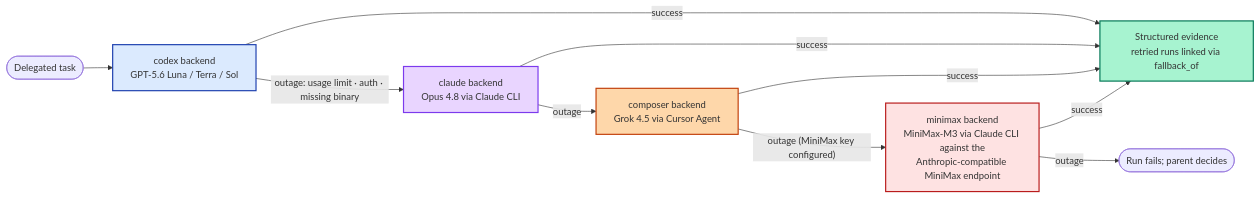
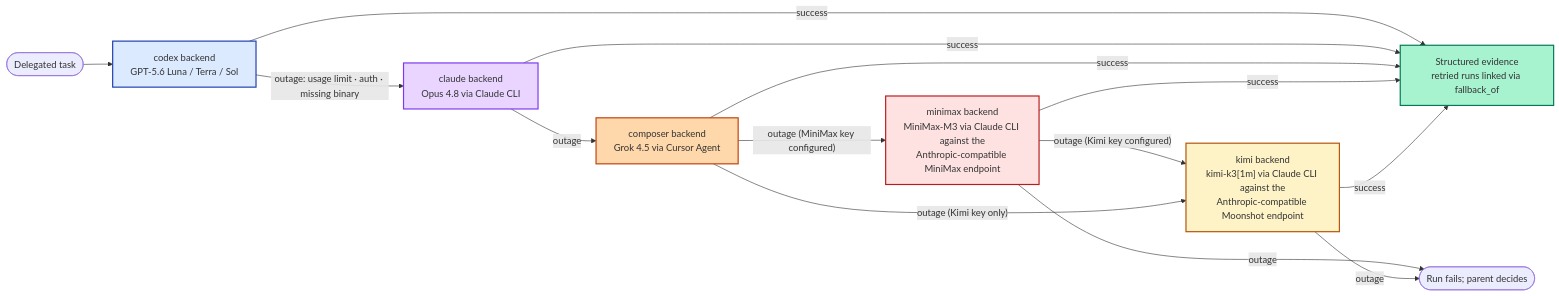
One commit to andysolomon/arc-orchestrator changed the second of 4 diagrams in docs/diagrams/mermaid.md. Above: the diagram before and after it, drawn with Mermaid. The commit also changed other lines of this file and 14 other files, not shown here.

First line of the commit message:
feat: add kimi k3 as terminal Anthropic-compatible backend

````diff
--- a/docs/diagrams/mermaid.md
+++ b/docs/diagrams/mermaid.md
@@ -36,23 +36,29 @@
 ```mermaid
 flowchart LR
     Task([Delegated task]) --> Codex["codex backend<br/>GPT-5.6 Luna / Terra / Sol"]
     Codex -->|"outage: usage limit · auth · missing binary"| Claude["claude backend<br/>Opus 4.8 via Claude CLI"]
     Claude -->|outage| Grok["composer backend<br/>Grok 4.5 via Cursor Agent"]
     Grok -->|"outage (MiniMax key configured)"| MiniMax["minimax backend<br/>MiniMax-M3 via Claude CLI against the<br/>Anthropic-compatible MiniMax endpoint"]
+    MiniMax -->|"outage (Kimi key configured)"| Kimi["kimi backend<br/>kimi-k3[1m] via Claude CLI against the<br/>Anthropic-compatible Moonshot endpoint"]
+    Grok -->|"outage (Kimi key only)"| Kimi
     Codex -->|success| Evidence["Structured evidence<br/>retried runs linked via fallback_of"]
     Claude -->|success| Evidence
     Grok -->|success| Evidence
     MiniMax -->|success| Evidence
+    Kimi -->|success| Evidence
     MiniMax -->|outage| Fail(["Run fails; parent decides"])
+    Kimi -->|outage| Fail
 
     classDef codex fill:#dbeafe,stroke:#1e40af,stroke-width:2px;
     classDef claude fill:#e9d5ff,stroke:#7c3aed,stroke-width:2px;
     classDef grok fill:#fed7aa,stroke:#c2410c,stroke-width:2px;
     classDef minimax fill:#fee2e2,stroke:#b91c1c,stroke-width:2px;
+    classDef kimi fill:#fef3c7,stroke:#b45309,stroke-width:2px;
     classDef evidence fill:#a7f3d0,stroke:#047857,stroke-width:2px;
     class Codex codex;
     class Claude claude;
     class Grok grok;
     class MiniMax minimax;
+    class Kimi kimi;
     class Evidence evidence;
 ```
````
